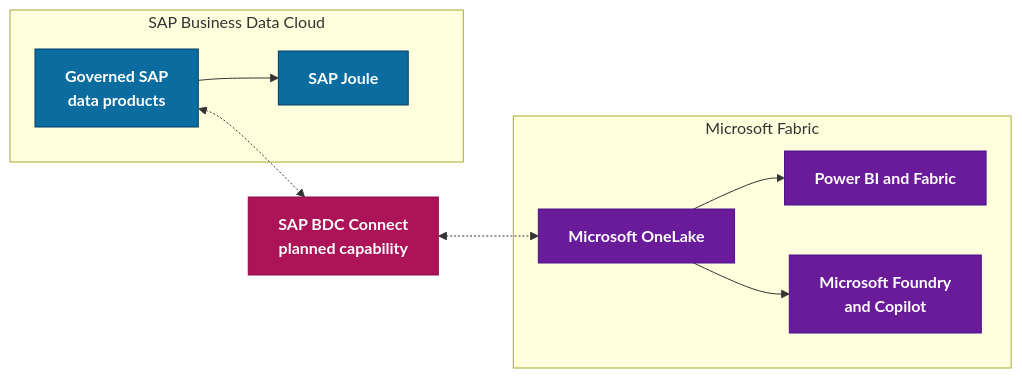
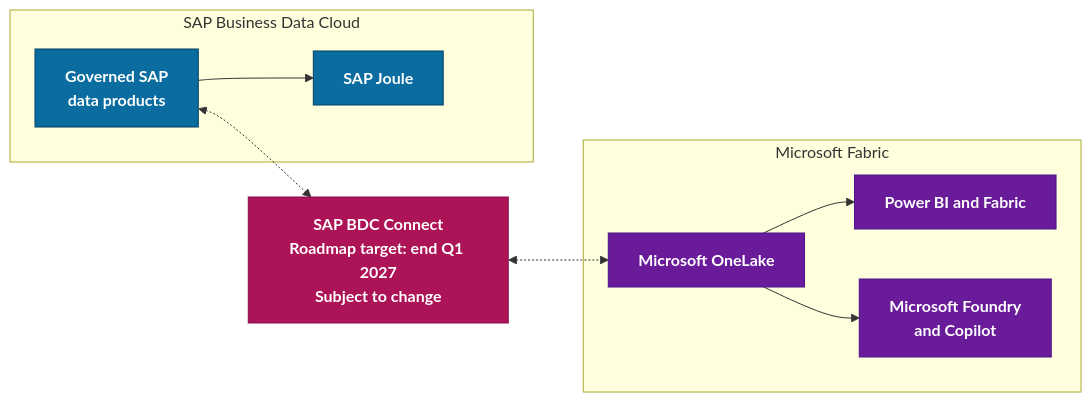
Before and after one commit to fredgis/fabric-foundry-kb: the ninth of 10 diagrams in markdown/SAP_Fabric_Connectivity.md, drawn with Mermaid. The commit also changed other lines of this file and 9 other files, not shown here.

````diff
--- a/markdown/SAP_Fabric_Connectivity.md
+++ b/markdown/SAP_Fabric_Connectivity.md
@@ -785,29 +802,29 @@
 ```mermaid
 flowchart LR
     subgraph SAP["SAP Business Data Cloud"]
         DP["Governed SAP<br/>data products"]
         J["SAP Joule"]
     end
 
-    CONNECT["SAP BDC Connect<br/>planned capability"]
+    CONNECT["SAP BDC Connect<br/>Roadmap target: end Q1 2027<br/>Subject to change"]
 
     subgraph Fabric["Microsoft Fabric"]
         OL["Microsoft OneLake"]
         BI["Power BI and Fabric"]
         AI["Microsoft Foundry<br/>and Copilot"]
     end
 
     DP <-.-> CONNECT
     CONNECT <-.-> OL
     DP --> J
     OL --> BI
     OL --> AI
 
     classDef sap fill:#0B6CA0,stroke:#003D66,color:#ffffff,font-weight:bold
     classDef bridge fill:#AD1457,stroke:#880E4F,color:#ffffff,font-weight:bold
     classDef fabric fill:#6A1B9A,stroke:#4A148C,color:#ffffff,font-weight:bold
 
     class DP,J sap
     class CONNECT bridge
     class OL,BI,AI fabric
 ```
````
